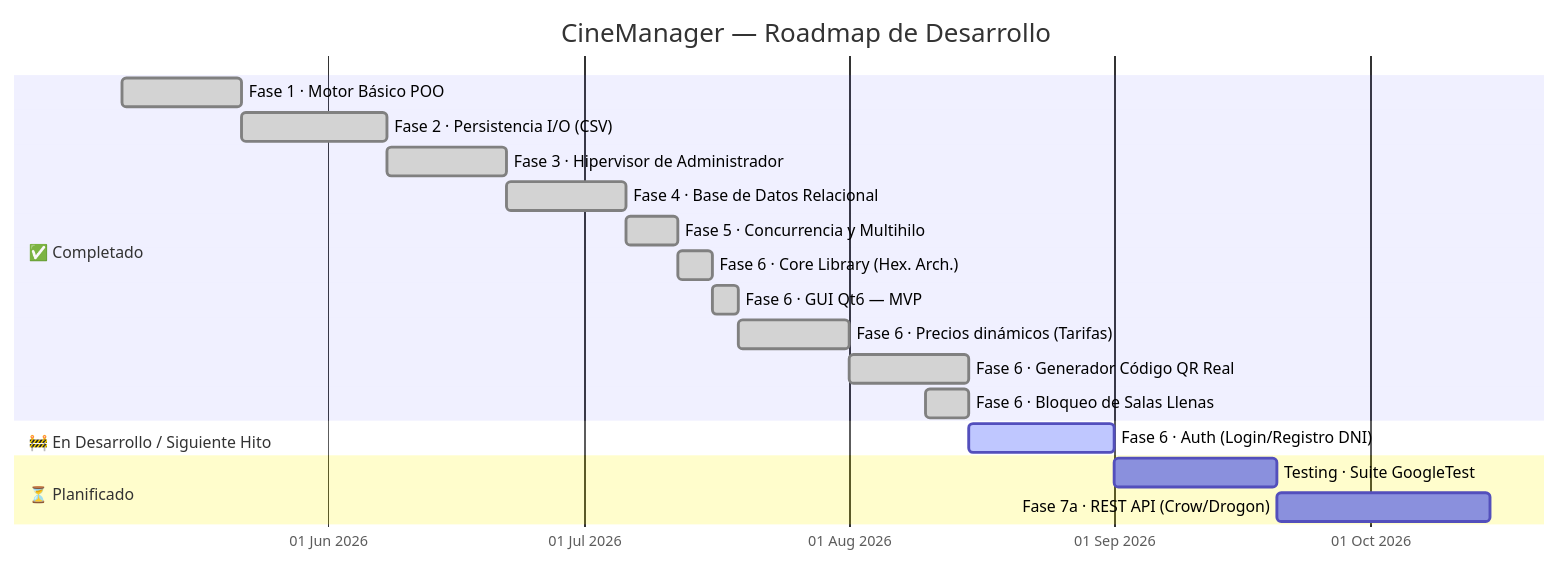
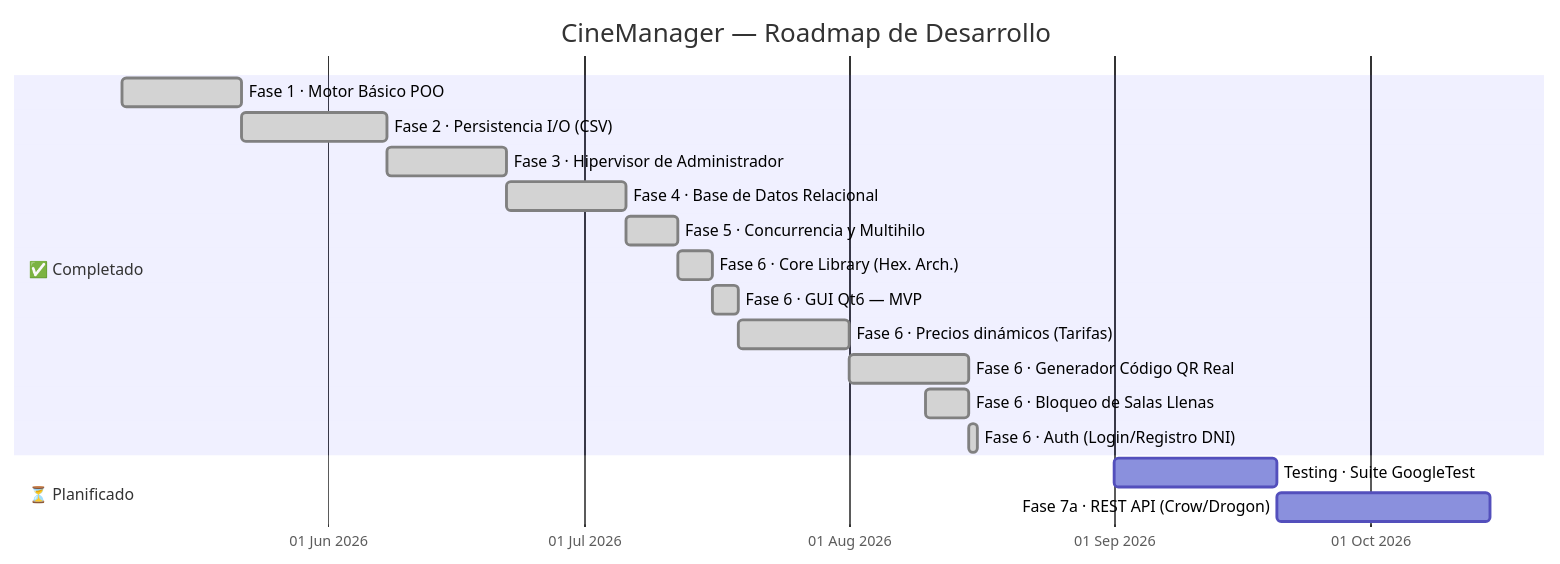
One commit to jorgebd21/CineManager changed the diagram in docs/roadmap.md. Above: the diagram before and after it, drawn with Mermaid. The commit also changed other lines of this file and 1 other file, not shown here.

Commit message:
docs: update roadmap and technical documentation for user authentication
- Mark Phase 6 Auth (Login/Registro DNI) as completed in the project timeline and checklist in roadmap.md.
- Add Section 6.9 in dev_documentation.md explaining the LoginDialog and Checkout Gatekeeper architecture.

````diff
--- a/docs/roadmap.md
+++ b/docs/roadmap.md
@@ -9,25 +9,23 @@
 ```mermaid
 gantt
     title CineManager — Roadmap de Desarrollo
     dateFormat  YYYY-MM-DD
     axisFormat  %d %b %Y
 
     section ✅ Completado
     Fase 1 · Motor Básico POO             :done, f1,  2026-05-08, 2026-05-22
     Fase 2 · Persistencia I/O (CSV)       :done, f2,  2026-05-22, 2026-06-08
     Fase 3 · Hipervisor de Administrador  :done, f3,  2026-06-08, 2026-06-22
     Fase 4 · Base de Datos Relacional     :done, f4,  2026-06-22, 2026-07-06
     Fase 5 · Concurrencia y Multihilo     :done, f5,  2026-07-06, 2026-07-12
     Fase 6 · Core Library (Hex. Arch.)    :done, f6,  2026-07-12, 2026-07-16
     Fase 6 · GUI Qt6 — MVP               :done, f6a, 2026-07-16, 2026-07-19
     Fase 6 · Precios dinámicos (Tarifas)  :done, f6b, 2026-07-19, 2026-08-01
     Fase 6 · Generador Código QR Real    :done, f6c, 2026-08-01, 2026-08-15
     Fase 6 · Bloqueo de Salas Llenas      :done, f6d, 2026-08-10, 2026-08-15
-
-    section 🚧 En Desarrollo / Siguiente Hito
-    Fase 6 · Auth (Login/Registro DNI)    :active, f6e, 2026-08-15, 2026-09-01
+    Fase 6 · Auth (Login/Registro DNI)    :done, f6e, 2026-08-15, 2026-08-16
 
     section ⏳ Planificado
     Testing · Suite GoogleTest            :f_test, 2026-09-01, 2026-09-20
     Fase 7a · REST API (Crow/Drogon)      :f7a,    2026-09-20, 2026-10-15
 ```
````
